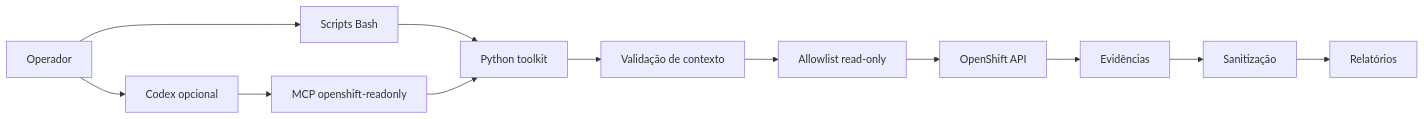
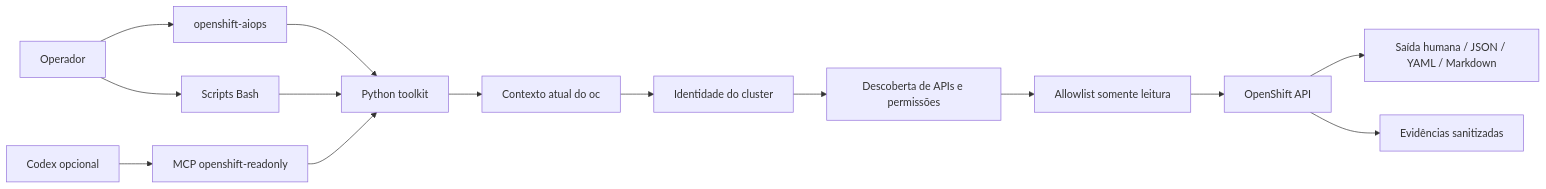
One commit to thiagobotelho/openshift-aiops-toolkit changed the diagram in README.md. Above: the diagram before and after it, drawn with Mermaid. The commit also changed other lines of this file and 49 other files, not shown here.

````diff
--- a/README.md
+++ b/README.md
@@ -19,14 +13,16 @@
 ```mermaid
 flowchart LR
-  Operador --> Codex[Codex opcional]
+  Operador --> CLI[openshift-aiops]
   Operador --> Scripts[Scripts Bash]
-  Codex --> MCP[MCP openshift-readonly]
-  Scripts --> Python[Python toolkit]
+  Codex[Codex opcional] --> MCP[MCP openshift-readonly]
+  CLI --> Python[Python toolkit]
+  Scripts --> Python
   MCP --> Python
-  Python --> Contexto[Validação de contexto]
-  Contexto --> Allowlist[Allowlist read-only]
+  Python --> Contexto[Contexto atual do oc]
+  Contexto --> Identidade[Identidade do cluster]
+  Identidade --> Capacidades[Descoberta de APIs e permissões]
+  Capacidades --> Allowlist[Allowlist somente leitura]
   Allowlist --> API[OpenShift API]
-  API --> Evidencias[Evidências]
-  Evidencias --> Sanitizacao[Sanitização]
-  Sanitizacao --> Relatorios[Relatórios]
+  API --> Saida[Saída humana / JSON / YAML / Markdown]
+  API --> Evidencias[Evidências sanitizadas]
 ```
````
